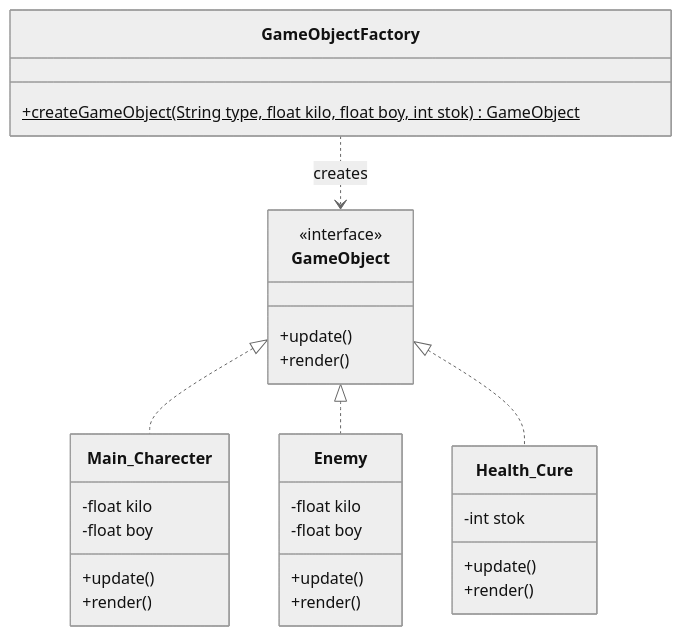
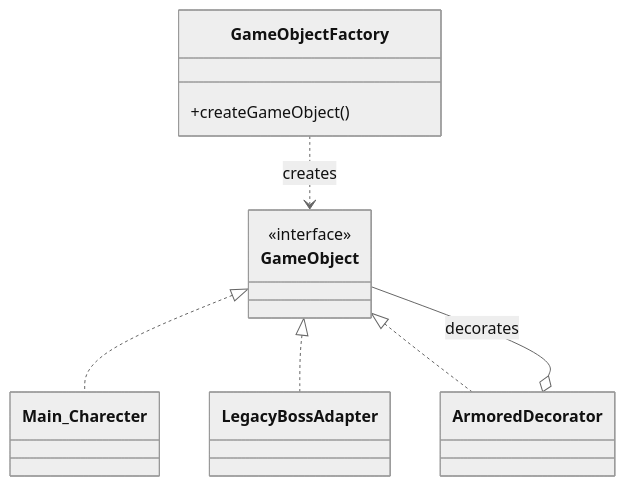
One commit to gorkem535/Yazilim_Tasarim_-r-nt-leri_Project changed the third of 3 diagrams in PATTERNS.md. Above: the diagram before and after it, drawn with Mermaid (neutral theme). The commit also changed other lines of this file, not shown here.

````diff
--- a/PATTERNS.md
+++ b/PATTERNS.md
@@ -26,33 +50,14 @@
 ```mermaid
 classDiagram
-    class GameObject {
-        <<interface>>
-        +update()
-        +render()
-    }
-    class Main_Charecter {
-        -float kilo
-        -float boy
-        +update()
-        +render()
-    }
-    class Enemy {
-        -float kilo
-        -float boy
-        +update()
-        +render()
-    }
-    class Health_Cure {
-        -int stok
-        +update()
-        +render()
-    }
-    class GameObjectFactory {
-        +createGameObject(String type, float kilo, float boy, int stok) GameObject$
-    }
+    class GameObjectFactory { +createGameObject() }
+    class GameObject { <<interface>> }
+    class Main_Charecter { }
+    class LegacyBossAdapter { }
+    class ArmoredDecorator { }
 
+    GameObjectFactory ..> GameObject : creates
     GameObject <|.. Main_Charecter
-    GameObject <|.. Enemy
-    GameObject <|.. Health_Cure
-    GameObjectFactory ..> GameObject : creates
+    GameObject <|.. LegacyBossAdapter
+    GameObject <|.. ArmoredDecorator
+    ArmoredDecorator o-- GameObject : decorates
 ```
````
